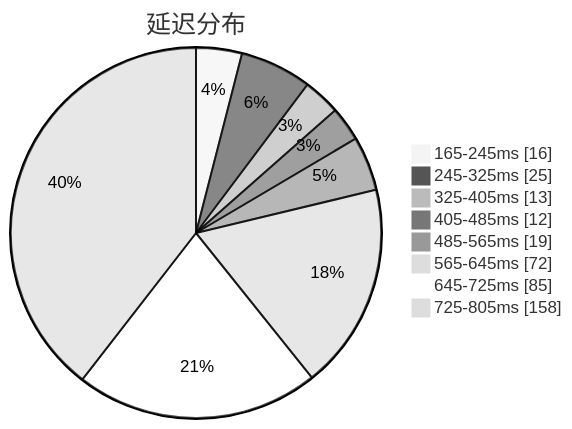
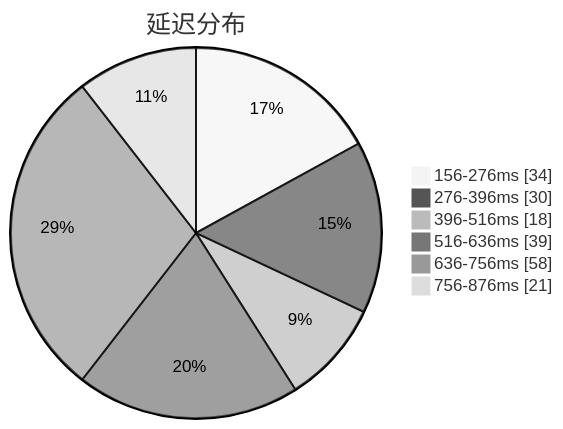
One commit to qjlxg/airport changed the first of 3 diagrams in subs/statistics/tested_within.md. Above: the diagram before and after it, drawn with Mermaid (neutral theme). The commit also changed other lines of this file and 2 other files, not shown here.

Commit message:
Tested by metaST

````diff
--- a/subs/statistics/tested_within.md
+++ b/subs/statistics/tested_within.md
@@ -2,12 +2,10 @@
 ```mermaid
 pie showData
 title 延迟分布
-"165-245ms" : 16
-"245-325ms" : 25
-"325-405ms" : 13
-"405-485ms" : 12
-"485-565ms" : 19
-"565-645ms" : 72
-"645-725ms" : 85
-"725-805ms" : 158
+"156-276ms" : 34
+"276-396ms" : 30
+"396-516ms" : 18
+"516-636ms" : 39
+"636-756ms" : 58
+"756-876ms" : 21
 ```
````
